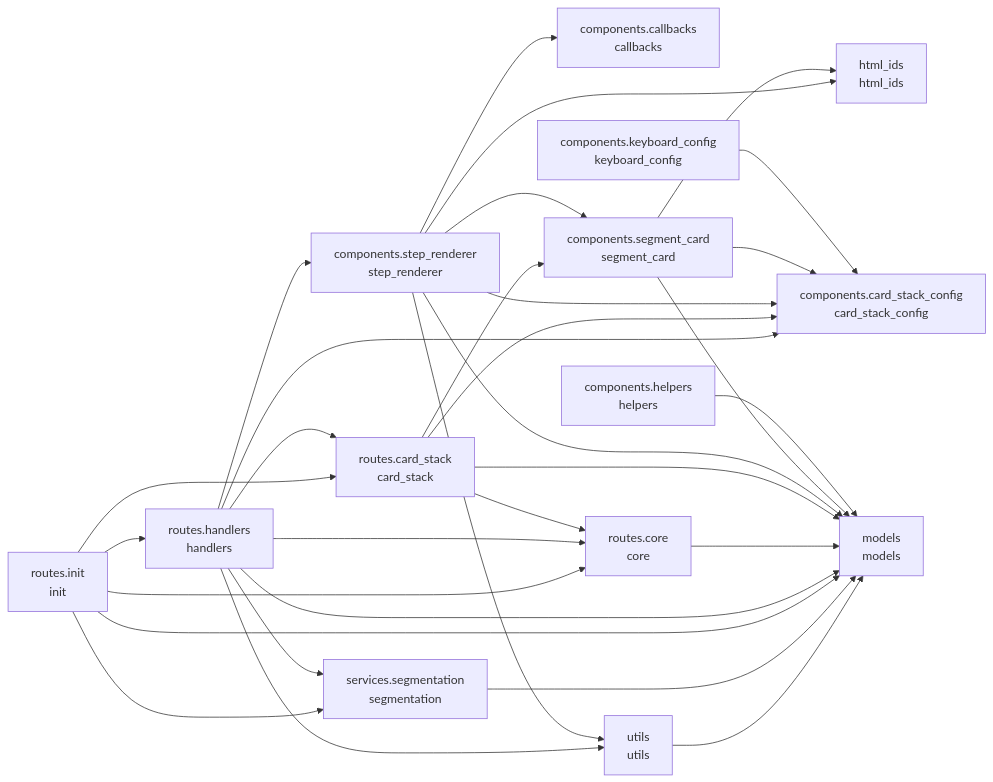
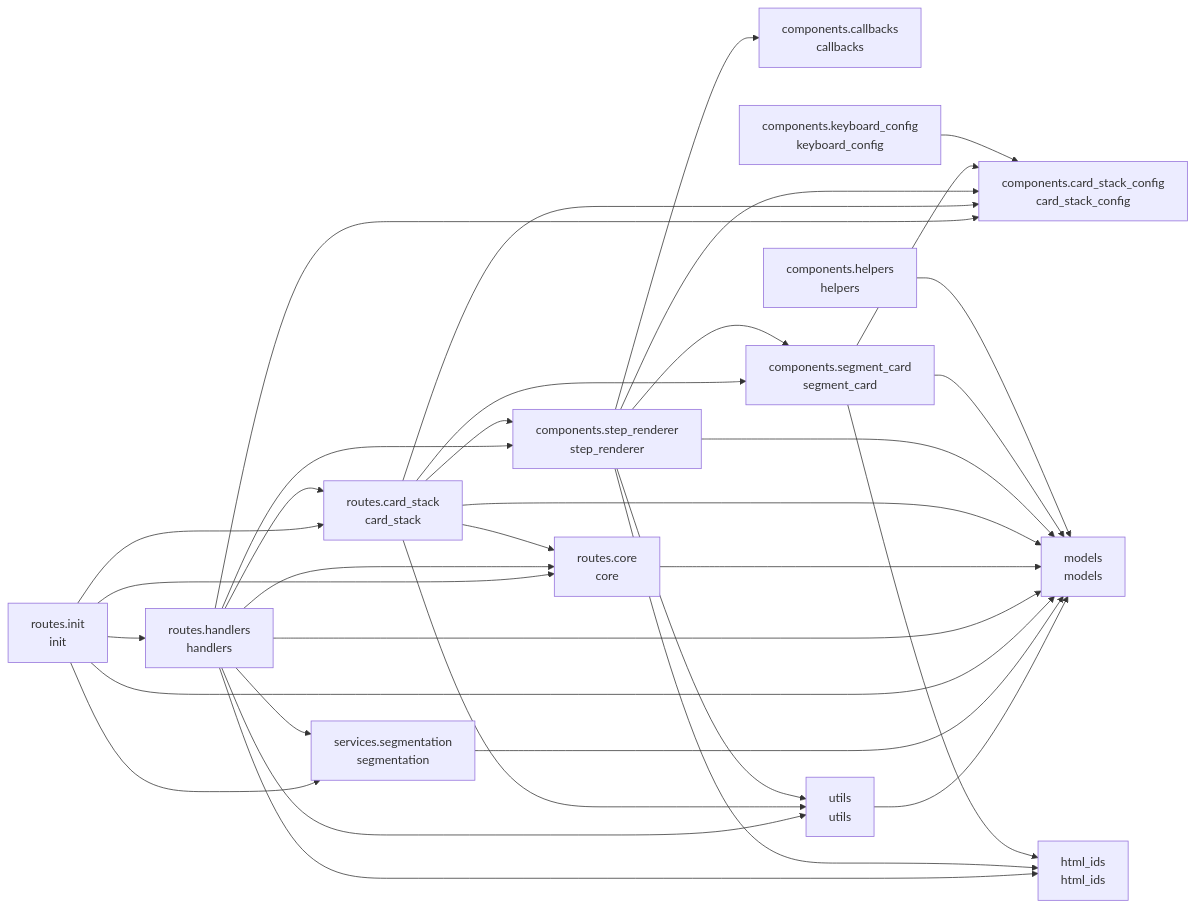
The diagram in README.md (cj-mills/cjm-transcript-segmentation), drawn with Mermaid before and after one commit. The commit also changed other lines of this file and 15 other files, not shown here.

````diff
--- a/README.md
+++ b/README.md
@@ -37,48 +37,51 @@
 ``` mermaid
 graph LR
     components_callbacks[components.callbacks<br/>callbacks]
     components_card_stack_config[components.card_stack_config<br/>card_stack_config]
     components_helpers[components.helpers<br/>helpers]
     components_keyboard_config[components.keyboard_config<br/>keyboard_config]
     components_segment_card[components.segment_card<br/>segment_card]
     components_step_renderer[components.step_renderer<br/>step_renderer]
     html_ids[html_ids<br/>html_ids]
     models[models<br/>models]
     routes_card_stack[routes.card_stack<br/>card_stack]
     routes_core[routes.core<br/>core]
     routes_handlers[routes.handlers<br/>handlers]
     routes_init[routes.init<br/>init]
     services_segmentation[services.segmentation<br/>segmentation]
     utils[utils<br/>utils]
 
     components_helpers --> models
     components_keyboard_config --> components_card_stack_config
     components_segment_card --> components_card_stack_config
+    components_segment_card --> html_ids
     components_segment_card --> models
-    components_segment_card --> html_ids
     components_step_renderer --> components_card_stack_config
+    components_step_renderer --> html_ids
+    components_step_renderer --> utils
     components_step_renderer --> components_segment_card
     components_step_renderer --> models
     components_step_renderer --> components_callbacks
-    components_step_renderer --> utils
-    components_step_renderer --> html_ids
     routes_card_stack --> routes_core
+    routes_card_stack --> utils
+    routes_card_stack --> components_segment_card
     routes_card_stack --> components_card_stack_config
-    routes_card_stack --> components_segment_card
     routes_card_stack --> models
+    routes_card_stack --> components_step_renderer
     routes_core --> models
+    routes_handlers --> components_card_stack_config
     routes_handlers --> services_segmentation
+    routes_handlers --> html_ids
     routes_handlers --> routes_core
-    routes_handlers --> components_card_stack_config
+    routes_handlers --> components_step_renderer
     routes_handlers --> utils
-    routes_handlers --> components_step_renderer
     routes_handlers --> routes_card_stack
     routes_handlers --> models
+    routes_init --> routes_handlers
+    routes_init --> services_segmentation
+    routes_init --> routes_card_stack
+    routes_init --> routes_core
     routes_init --> models
-    routes_init --> routes_core
-    routes_init --> services_segmentation
-    routes_init --> routes_handlers
-    routes_init --> routes_card_stack
     services_segmentation --> models
     utils --> models
 ```
````
